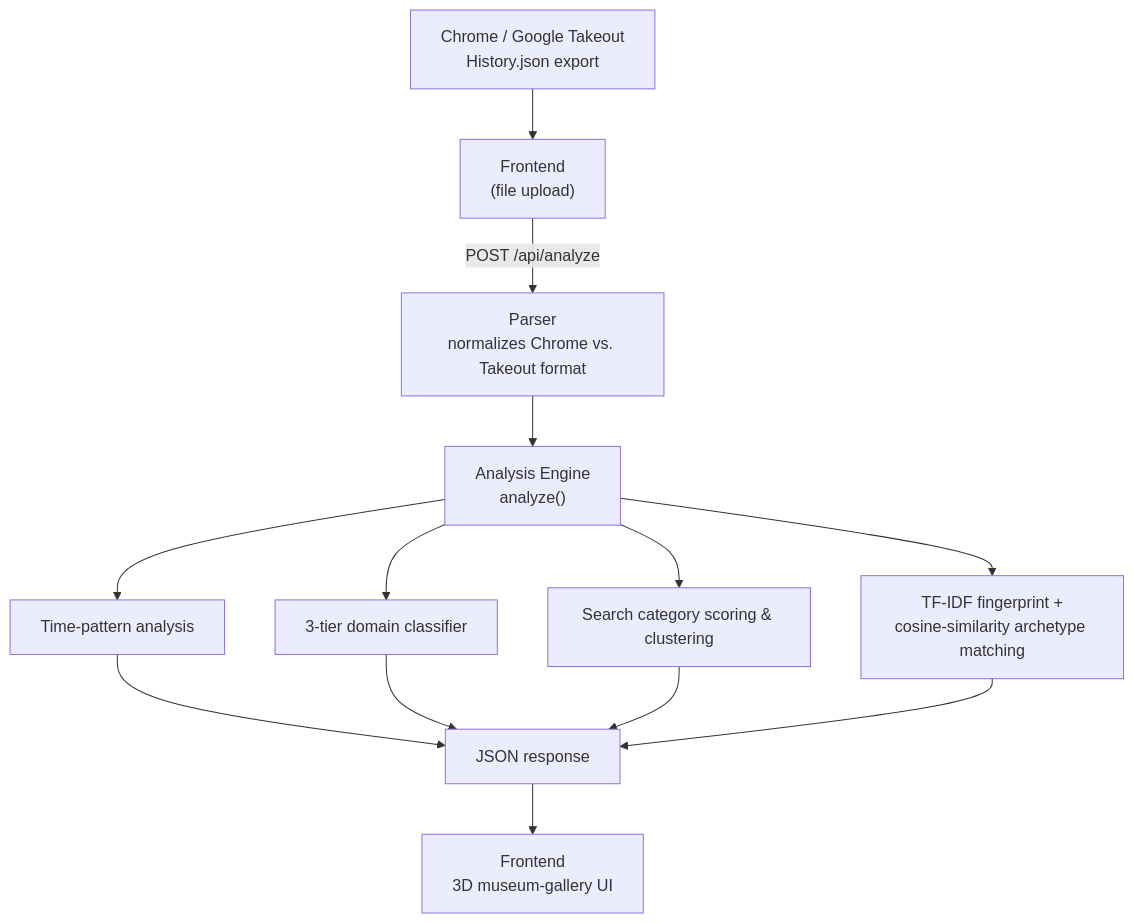
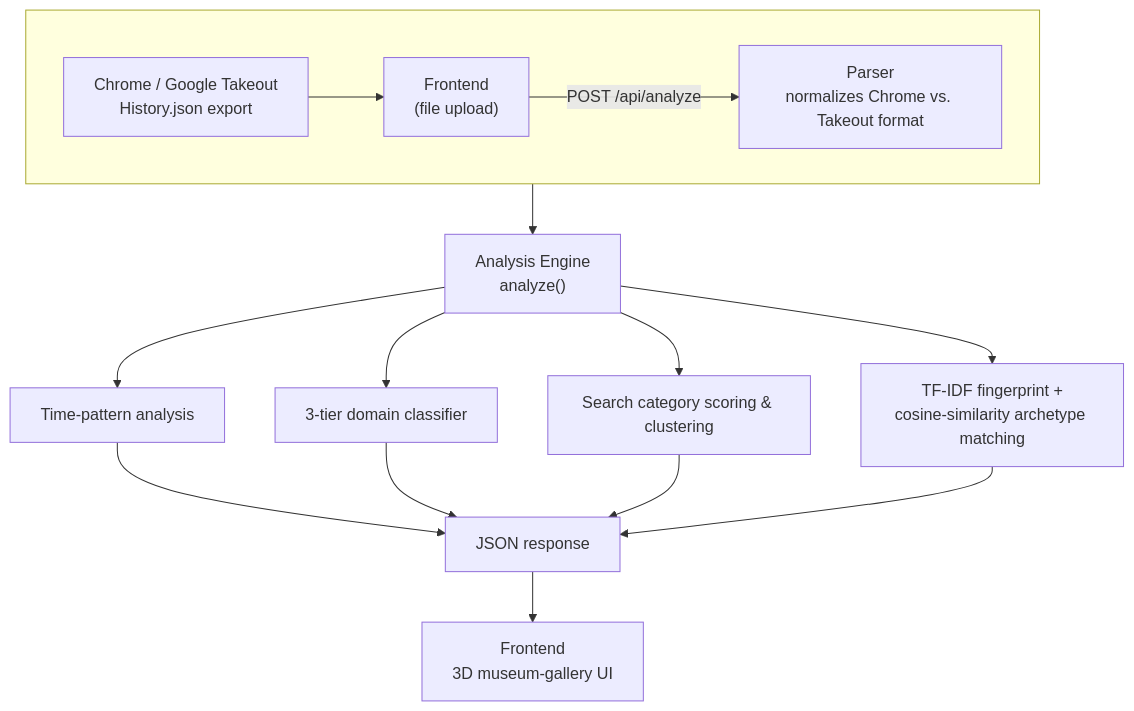
Before and after one commit to Divya-K2517/SearchWrapped: the diagram in README.md, drawn with Mermaid.

````diff
--- a/README.md
+++ b/README.md
@@ -34,18 +34,22 @@
 ```mermaid
 graph TD
-    A["Chrome / Google Takeout<br/>History.json export"] --> B["Frontend<br/>(file upload)"]
-    B -->|"POST /api/analyze"| C["Parser<br/>normalizes Chrome vs. Takeout format"]
+    subgraph Input[" "]
+        direction LR
+        A["Chrome / Google Takeout<br/>History.json export"] --> B["Frontend<br/>(file upload)"]
+        B -->|"POST /api/analyze"| C["Parser<br/>normalizes Chrome vs. Takeout format"]
+    end
+ 
     C --> D["Analysis Engine<br/>analyze()"]
  
     D --> D1["Time-pattern analysis"]
     D --> D2["3-tier domain classifier"]
     D --> D3["Search category scoring & clustering"]
     D --> D4["TF-IDF fingerprint +<br/>cosine-similarity archetype matching"]
  
     D1 --> E["JSON response"]
     D2 --> E
     D3 --> E
     D4 --> E
  
     E --> F["Frontend<br/>3D museum-gallery UI"]
 ```
````
